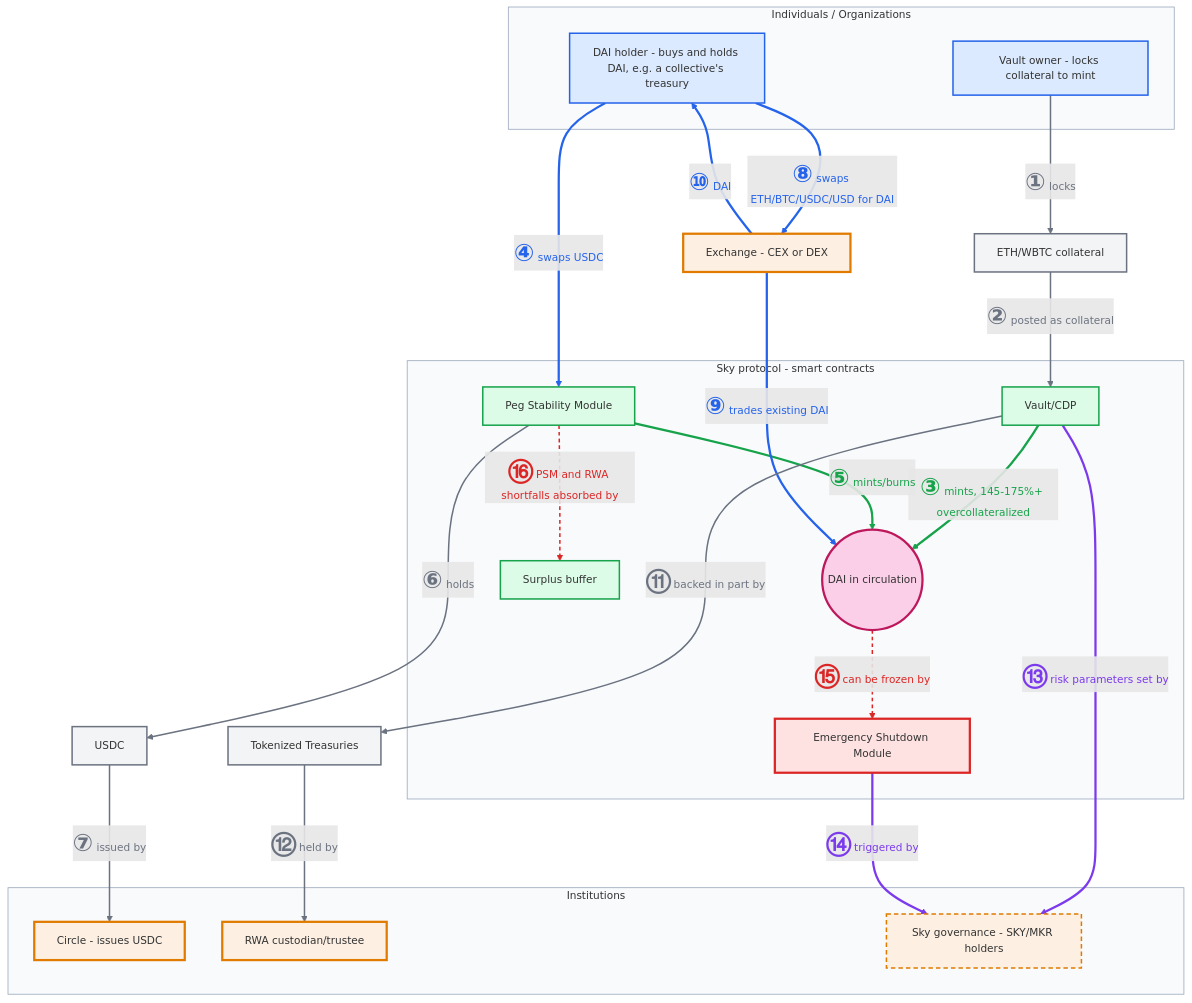
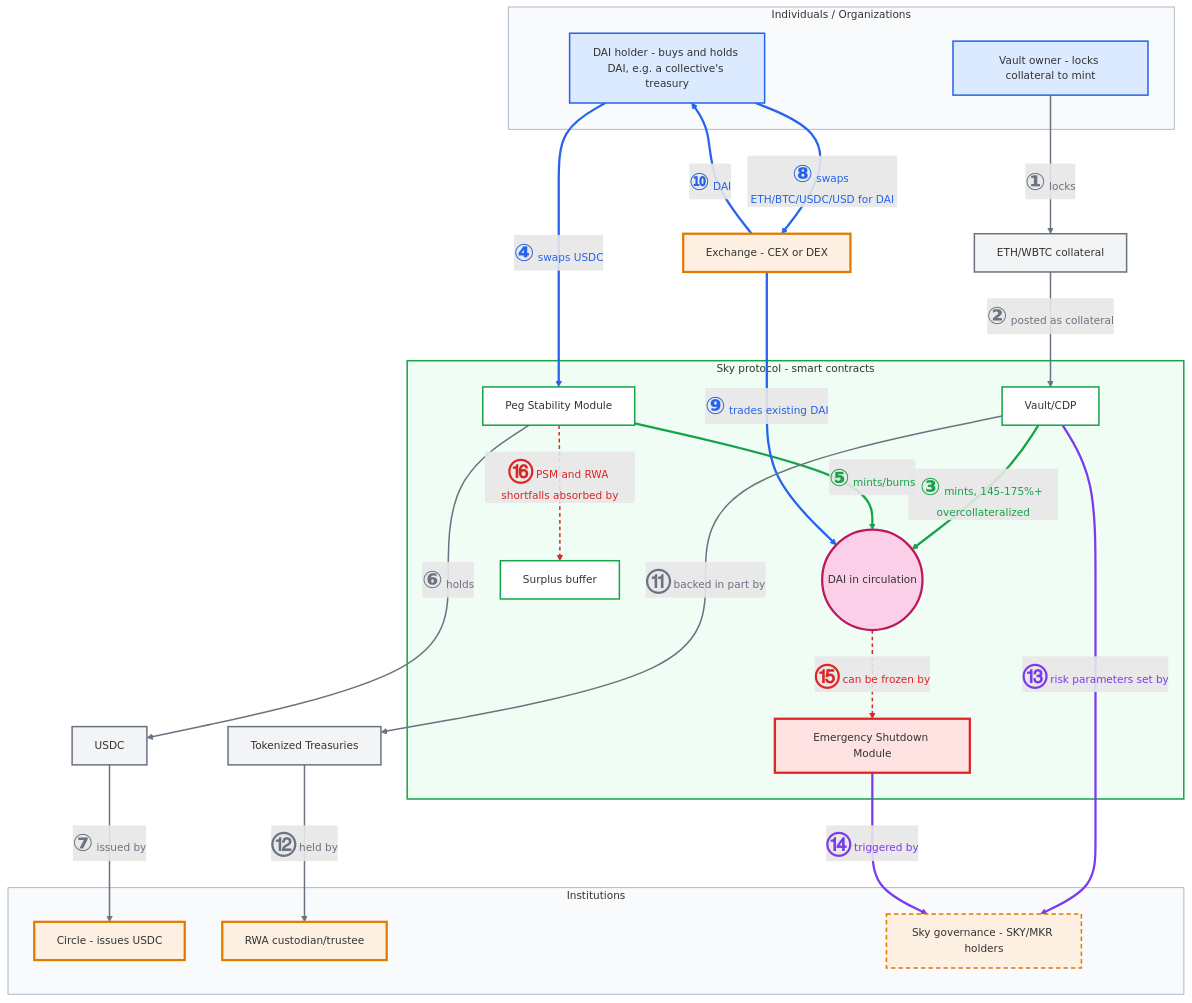
Before and after one commit to doikayt/admin: the diagram in governance/diagrams/dai-flows.mmd, drawn with Mermaid. The commit also changed 3 other files, not shown here.

First line of the commit message:
docs: draw the DAI diagram's smart contracts in a green box and update the legend

```diff
--- a/governance/diagrams/dai-flows.mmd
+++ b/governance/diagrams/dai-flows.mmd
@@ -1,73 +1,73 @@
 %%{init: {"themeVariables": {"fontSize": "14px"}, "flowchart": {"nodeSpacing": 50, "rankSpacing": 70}}}%%
 flowchart TD
     subgraph USERS["Individuals / Organizations"]
         VaultOwner[Vault owner - locks collateral to mint]
         Holder[DAI holder - buys and holds DAI, e.g. a collective's treasury]
     end
 
     Exchange[Exchange - CEX or DEX]
     ETHCollat[ETH/WBTC collateral]
 
     subgraph PROTO["Sky protocol - smart contracts"]
         DAISupply((DAI in circulation))
         PSM[Peg Stability Module]
         Vault[Vault/CDP]
         ESM[Emergency Shutdown Module]
         Buffer[Surplus buffer]
     end
 
     USDC[USDC]
     RWA[Tokenized Treasuries]
 
     subgraph INST["Institutions"]
         Circle[Circle - issues USDC]
         RWACustodian[RWA custodian/trustee]
         Governance[Sky governance - SKY/MKR holders]
     end
 
     VaultOwner -- "<b style='font-size:2.3em'>①</b> locks" --> ETHCollat
     ETHCollat -- "<b style='font-size:2.3em'>②</b> posted as collateral" --> Vault
     Vault -- "<b style='font-size:2.3em'>③</b> mints, 145-175%+ overcollateralized" --> DAISupply
 
     Holder -- "<b style='font-size:2.3em'>④</b> swaps USDC" --> PSM
     PSM -- "<b style='font-size:2.3em'>⑤</b> mints/burns" --> DAISupply
     PSM -- "<b style='font-size:2.3em'>⑥</b> holds" --> USDC
     USDC -- "<b style='font-size:2.3em'>⑦</b> issued by" --> Circle
 
     Holder -- "<b style='font-size:2.3em'>⑧</b> swaps ETH/BTC/USDC/USD for DAI" --> Exchange
     Exchange -- "<b style='font-size:2.3em'>⑨</b> trades existing DAI" --> DAISupply
     Exchange -- "<b style='font-size:2.3em'>⑩</b> DAI" --> Holder
 
     Vault -- "<b style='font-size:2.3em'>⑪</b> backed in part by" --> RWA
     RWA -- "<b style='font-size:2.3em'>⑫</b> held by" --> RWACustodian
 
     Vault -- "<b style='font-size:2.3em'>⑬</b> risk parameters set by" --> Governance
     ESM -- "<b style='font-size:2.3em'>⑭</b> triggered by" --> Governance
 
     DAISupply -- "<b style='font-size:2.3em'>⑮</b> can be frozen by" --> ESM
     PSM -.->|"<b style='font-size:2.3em'>⑯</b> PSM and RWA shortfalls absorbed by"| Buffer
 
     classDef user fill:#dbeafe,stroke:#2563eb,stroke-width:2px
-    classDef code fill:#dcfce7,stroke:#16a34a,stroke-width:2px
+    classDef code fill:#ffffff,stroke:#16a34a,stroke-width:2px
     classDef asset fill:#f3f4f6,stroke:#6b7280,stroke-width:2px
     classDef token fill:#fbcfe8,stroke:#be185d,stroke-width:3px
     classDef cutoff fill:#fdf0e3,stroke:#e07b00,stroke-width:3px
     classDef legal fill:#fdf0e3,stroke:#e07b00,stroke-width:2px,stroke-dasharray:6 4
     classDef breaker fill:#fee2e2,stroke:#dc2626,stroke-width:3px
     class VaultOwner,Holder user
     class Vault,PSM,Buffer code
     class ETHCollat,USDC,RWA asset
     class DAISupply token
     class Circle,RWACustodian,Exchange cutoff
     class Governance legal
     class ESM breaker
 
     style USERS fill:#f8fafc,stroke:#94a3b8
-    style PROTO fill:#f8fafc,stroke:#94a3b8
+    style PROTO fill:#f0fdf4,stroke:#16a34a,stroke-width:2px
     style INST fill:#f8fafc,stroke:#94a3b8
 
     linkStyle 2,4 stroke:#16a34a,stroke-width:3px,color:#16a34a
     linkStyle 3,7,8,9 stroke:#2563eb,stroke-width:3px,color:#2563eb
     linkStyle 0,1,5,6,10,11 stroke:#6b7280,stroke-width:2px,color:#6b7280
     linkStyle 12,13 stroke:#7c3aed,stroke-width:3px,color:#7c3aed
     linkStyle 14,15 stroke:#dc2626,stroke-width:2px,stroke-dasharray:5 4,color:#dc2626
```
